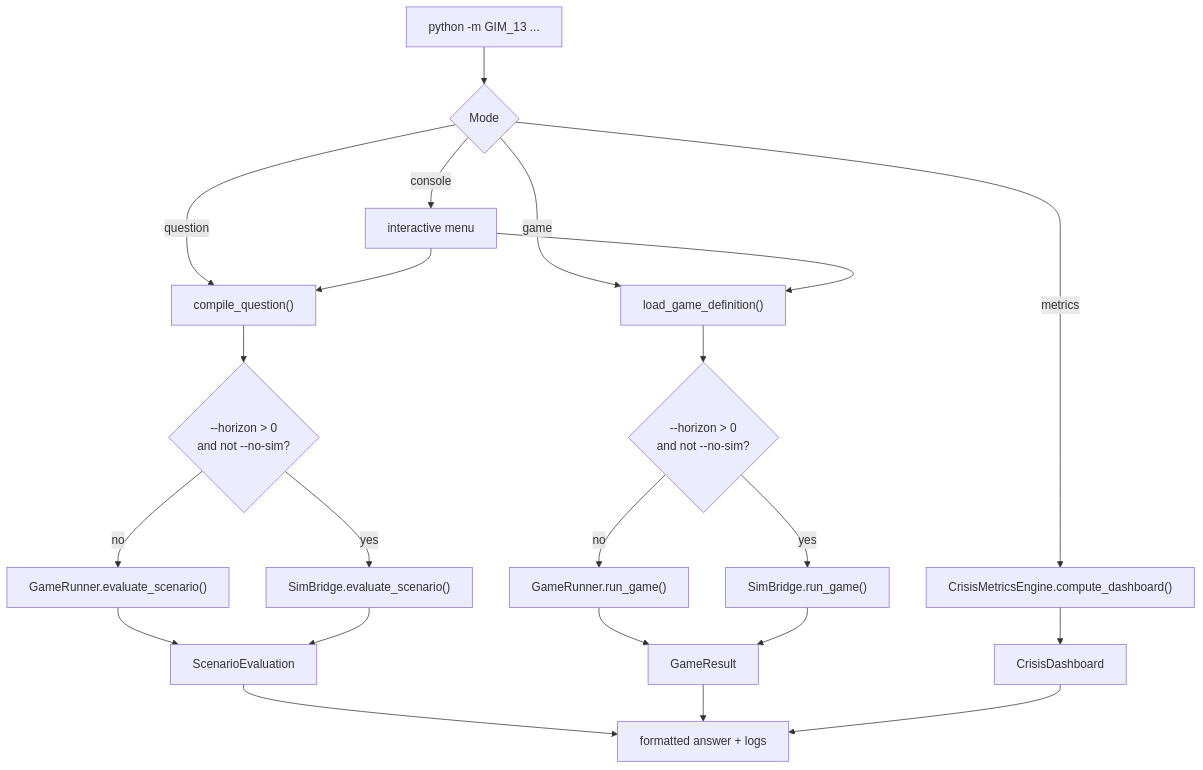
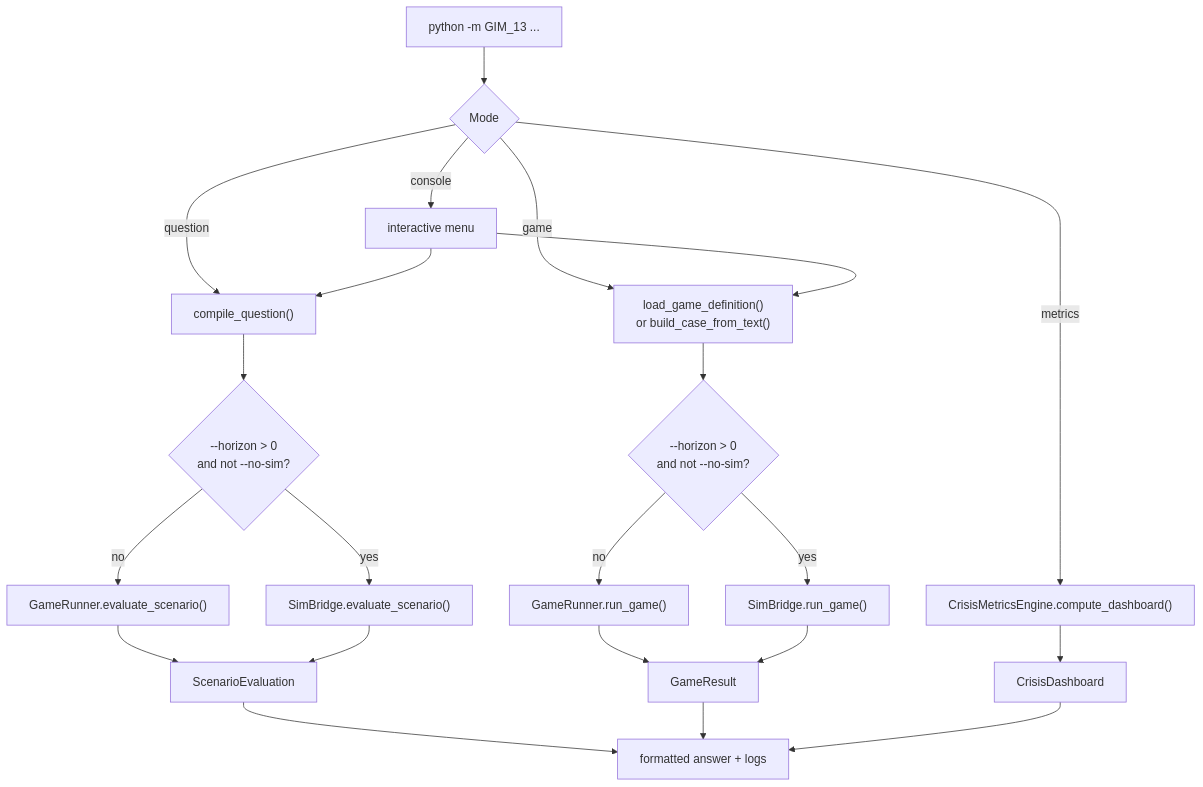
One commit to Theclimateguy/GIM changed the second of 3 diagrams in README.md. Above: the diagram before and after it, drawn with Mermaid. The commit also changed other lines of this file and 11 other files, not shown here.

````diff
--- a/README.md
+++ b/README.md
@@ -126,29 +127,29 @@
 ```mermaid
 flowchart TD
     A["python -m GIM_13 ..."] --> B{"Mode"}
     B -->|question| C["compile_question()"]
-    B -->|game| D["load_game_definition()"]
+    B -->|game| D["load_game_definition()<br/>or build_case_from_text()"]
     B -->|metrics| E["CrisisMetricsEngine.compute_dashboard()"]
     B -->|console| F["interactive menu"]
 
     C --> G{"--horizon > 0<br/>and not --no-sim?"}
     D --> H{"--horizon > 0<br/>and not --no-sim?"}
 
     G -->|no| I["GameRunner.evaluate_scenario()"]
     G -->|yes| J["SimBridge.evaluate_scenario()"]
     H -->|no| K["GameRunner.run_game()"]
     H -->|yes| L["SimBridge.run_game()"]
 
     F --> C
     F --> D
 
     I --> M["ScenarioEvaluation"]
     J --> M
     K --> N["GameResult"]
     L --> N
     E --> O["CrisisDashboard"]
 
     M --> P["formatted answer + logs"]
     N --> P
     O --> P
 ```
````
